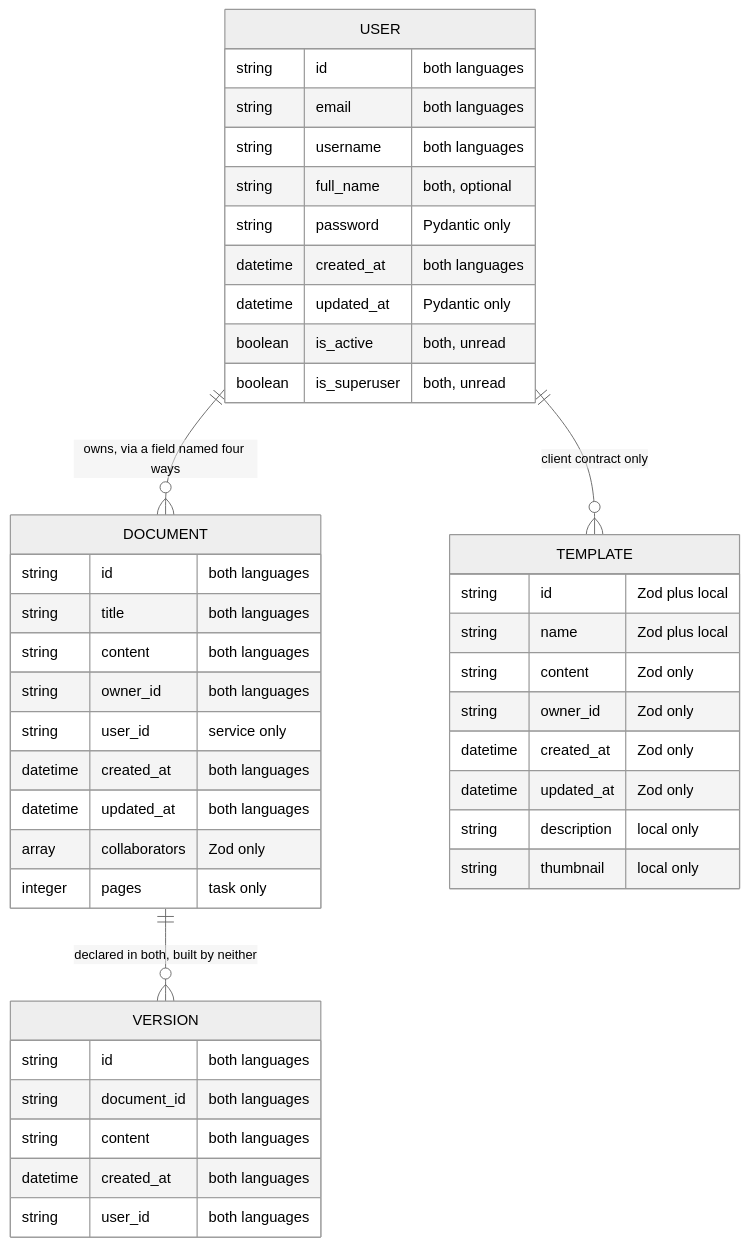
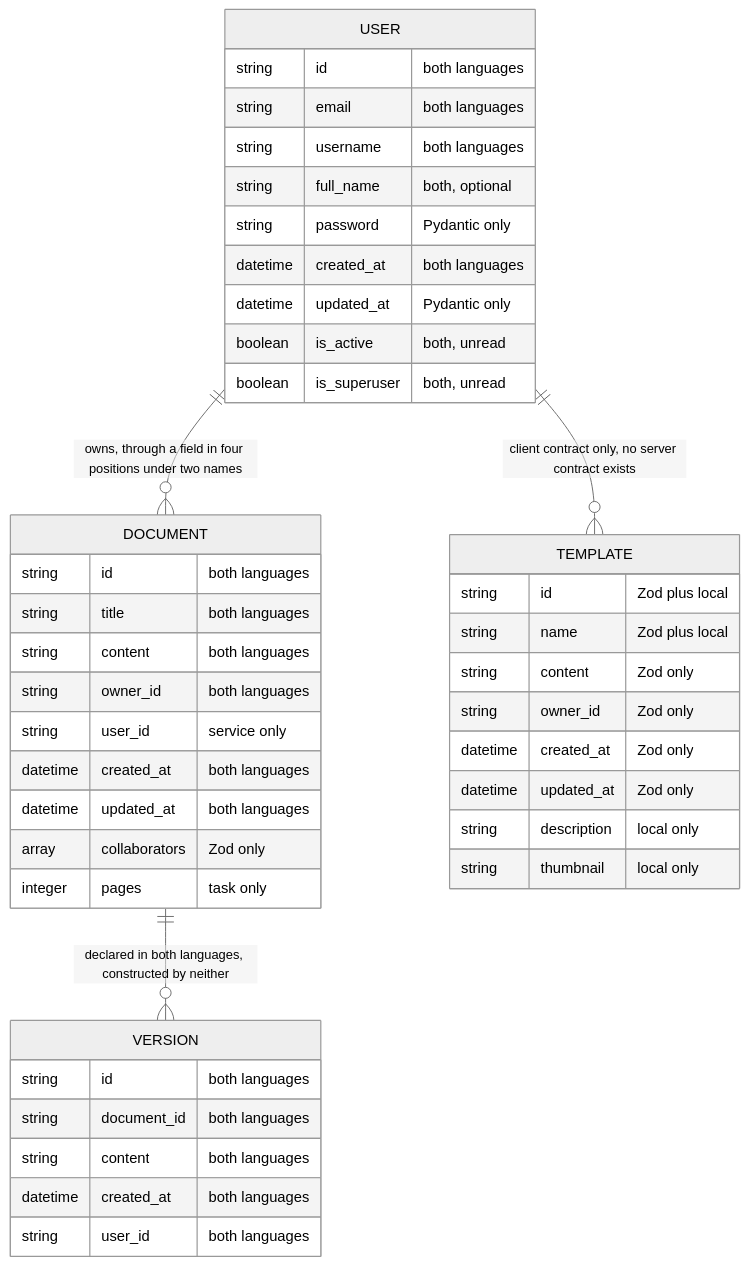
The first of 2 diagrams in docs/data-model.md (blitzy-public-samples/microsoft-word-u33ko0), drawn with Mermaid (neutral theme) before and after one commit. The commit also changed other lines of this file and 50 other files, not shown here.

````diff
--- a/docs/data-model.md
+++ b/docs/data-model.md
@@ -170,56 +169,56 @@
 ```mermaid
 erDiagram
     accTitle: The four entity families, their links, and the language that declares each field
-    accDescr: Four families. User owns documents through a field named four ways. Documents own versions declared in both languages and constructed by neither. Users own templates that carry a client contract only. Each attribute comment names the language and the line that declares the field.
-    USER ||--o{ DOCUMENT : "owns, via a field named four ways"
-    DOCUMENT ||--o{ VERSION : "declared in both, built by neither"
-    USER ||--o{ TEMPLATE : "client contract only"
+    accDescr: Four families. User owns documents through a field in four positions under two names. Documents own versions declared in both languages and constructed by neither. Users own templates that carry a client contract only, with no server contract. Each attribute comment names the language and the line that declares the field.
+    USER ||--o{ DOCUMENT : "owns, through a field in four positions under two names"
+    DOCUMENT ||--o{ VERSION : "declared in both languages, constructed by neither"
+    USER ||--o{ TEMPLATE : "client contract only, no server contract exists"
 
     USER {
         string id "both languages"
         string email "both languages"
         string username "both languages"
         string full_name "both, optional"
         string password "Pydantic only"
         datetime created_at "both languages"
         datetime updated_at "Pydantic only"
         boolean is_active "both, unread"
         boolean is_superuser "both, unread"
     }
 
     DOCUMENT {
         string id "both languages"
         string title "both languages"
         string content "both languages"
         string owner_id "both languages"
         string user_id "service only"
         datetime created_at "both languages"
         datetime updated_at "both languages"
         array collaborators "Zod only"
         integer pages "task only"
     }
 
     VERSION {
         string id "both languages"
         string document_id "both languages"
         string content "both languages"
         datetime created_at "both languages"
         string user_id "both languages"
     }
 
     TEMPLATE {
         string id "Zod plus local"
         string name "Zod plus local"
         string content "Zod only"
         string owner_id "Zod only"
         datetime created_at "Zod only"
         datetime updated_at "Zod only"
         string description "local only"
         string thumbnail "local only"
     }
 
 %% Both names appear wherever the two languages disagree, because no name is canonical.
 %% A comment naming a single file and line means only that position declares the field.
 %% The Pydantic contracts, Zod contracts and contract drift sections below carry the full
 %% per-field detail that an attribute comment has no room for.
 ```
````
